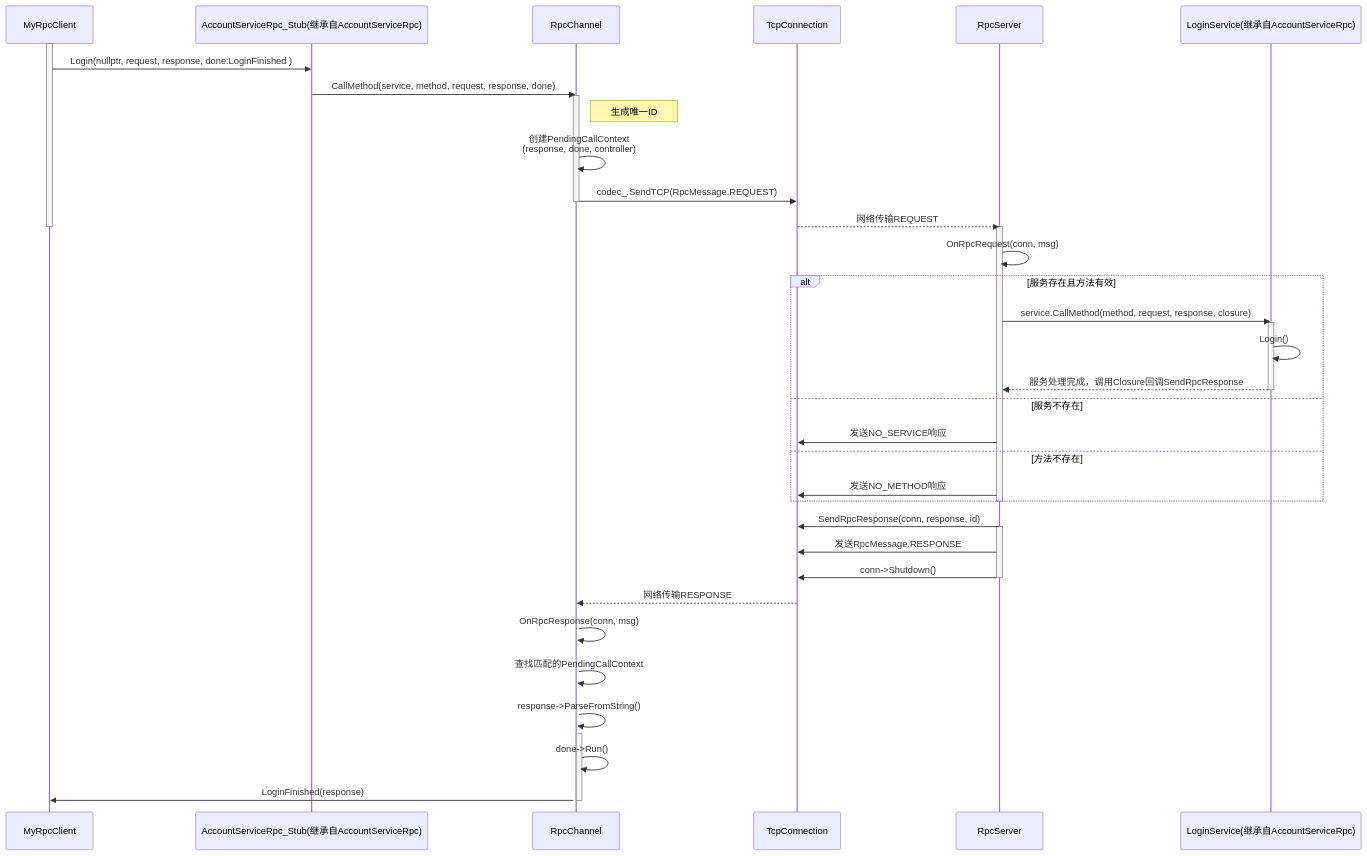
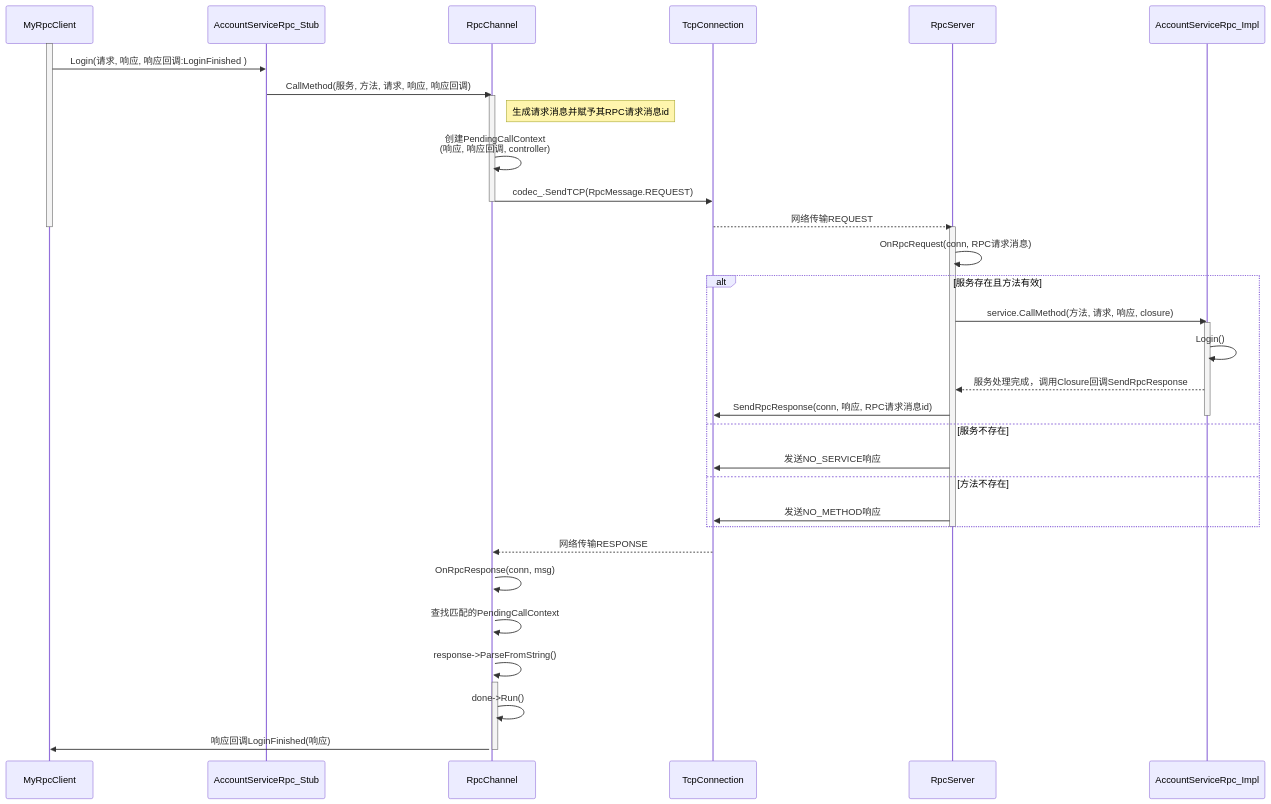
Before and after one commit to MYMarcoreus/GameServer: the diagram in core/rpc/rpc.md, drawn with Mermaid. The commit also changed other lines of this file and 84 other files, not shown here.

````diff
--- a/core/rpc/rpc.md
+++ b/core/rpc/rpc.md
@@ -39,51 +55,46 @@
 ```mermaid
 sequenceDiagram
     participant C as MyRpcClient
-    participant AcntSvc_Stub as AccountServiceRpc_Stub(继承自AccountServiceRpc)
+    participant AcntSvc_Stub as AccountServiceRpc_Stub
     participant CC as RpcChannel
     participant TCPC as TcpConnection
     participant S as RpcServer
-	participant AcntSvc as LoginService(继承自AccountServiceRpc)
+	participant AcntSvc as AccountServiceRpc_Impl
 	
     activate C
-	C->>AcntSvc_Stub: Login(nullptr, request, response, done:LoginFinished )
-    AcntSvc_Stub->>CC: CallMethod(service, method, request, response, done)
+	C->>AcntSvc_Stub: Login(请求, 响应, 响应回调:LoginFinished )
+    AcntSvc_Stub->>CC: CallMethod(服务, 方法, 请求, 响应, 响应回调)
     activate CC
-    Note right of CC: 生成唯一ID
-    CC->>CC: 创建PendingCallContext<br/>(response, done, controller)
+    Note right of CC: 生成请求消息并赋予其RPC请求消息id
+    CC->>CC: 创建PendingCallContext<br/>(响应, 响应回调, controller)
     CC->>TCPC: codec_.SendTCP(RpcMessage.REQUEST)
     deactivate CC
 
     TCPC-->>S: 网络传输REQUEST
     deactivate C
     
     activate S
-    S->>S: OnRpcRequest(conn, msg)
+    S->>S: OnRpcRequest(conn, RPC请求消息)
     alt 服务存在且方法有效
-        S->>AcntSvc: service.CallMethod(method, request, response, closure)
+        S->>AcntSvc: service.CallMethod(方法, 请求, 响应, closure)
         activate AcntSvc
         AcntSvc->>AcntSvc: Login()
         AcntSvc-->>S: 服务处理完成，调用Closure回调SendRpcResponse
+        S->>TCPC: SendRpcResponse(conn, 响应, RPC请求消息id)
         deactivate AcntSvc
     else 服务不存在
         S->>TCPC: 发送NO_SERVICE响应
     else 方法不存在
         S->>TCPC: 发送NO_METHOD响应
     end
     deactivate S
 
-    S->>TCPC: SendRpcResponse(conn, response, id)
-    activate S
-    S->>TCPC: 发送RpcMessage.RESPONSE
-    S->>TCPC: conn->Shutdown()
-    deactivate S
-
     TCPC-->>CC: 网络传输RESPONSE
     activate CC
     CC->>CC: OnRpcResponse(conn, msg)
     CC->>CC: 查找匹配的PendingCallContext
     CC->>+CC: response->ParseFromString()
     CC->>CC: done->Run()
-    CC->>C: LoginFinished(response)
+    CC->>C: 响应回调LoginFinished(响应)
     deactivate CC
 ```
````
